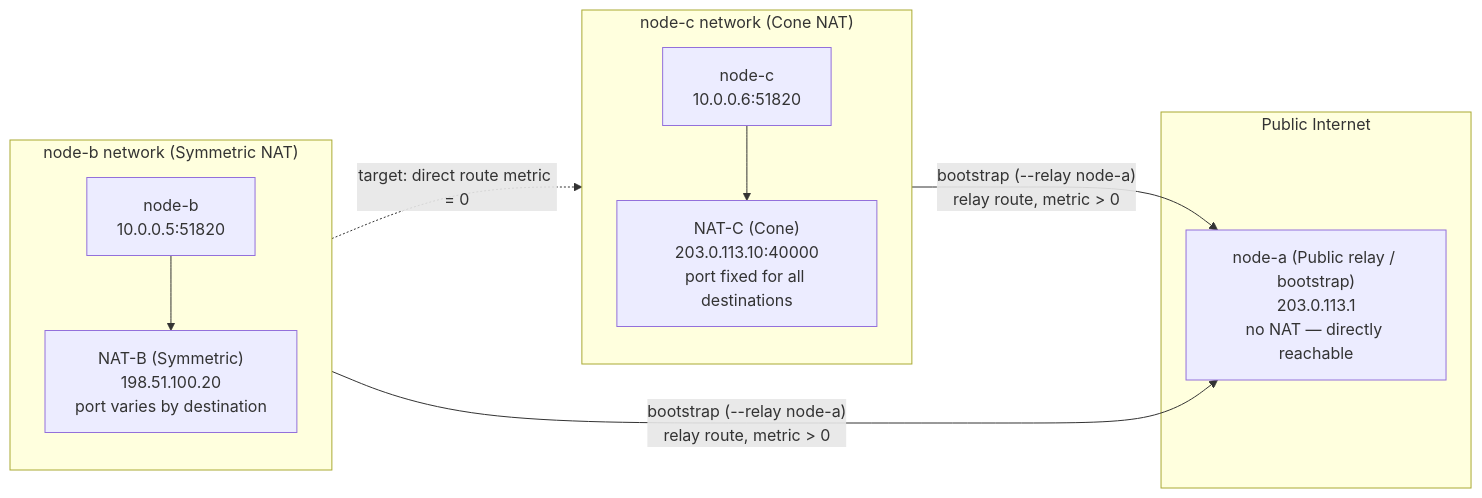
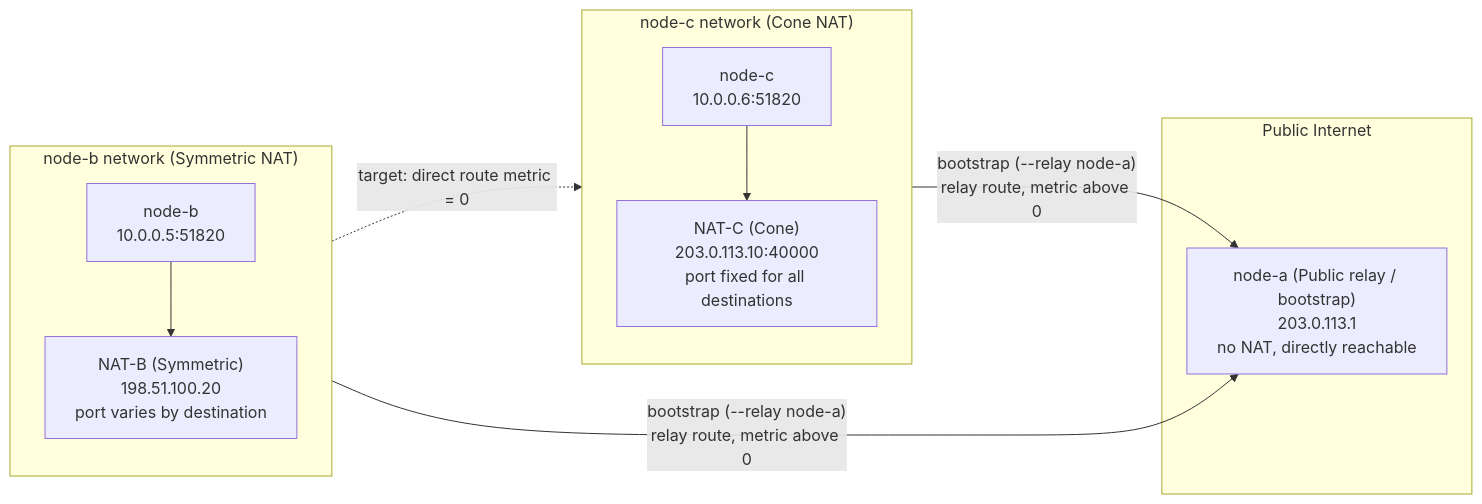
Diagram 25 of 27 in docs/nat-punch-principles.md (rustp2p/rustp2p), drawn with Mermaid before and after one commit. The commit also changed other lines of this file, not shown here.

First line of the commit message:
docs: 修正 nat-punch-principles 中 Mermaid 连线语法渲染错误 (#24)

````diff
--- a/docs/nat-punch-principles.md
+++ b/docs/nat-punch-principles.md
@@ -1007,25 +1007,25 @@
 ```mermaid
 flowchart LR
     subgraph PUB["Public Internet"]
-        NA["node-a (Public relay / bootstrap)<br/>203.0.113.1<br/>no NAT — directly reachable"]
+        NA["node-a (Public relay / bootstrap)<br/>203.0.113.1<br/>no NAT, directly reachable"]
     end
 
     subgraph NBN["node-b network (Symmetric NAT)"]
         direction TB
         NBI["node-b<br/>10.0.0.5:51820"]
         NBNAT["NAT-B (Symmetric)<br/>198.51.100.20<br/>port varies by destination"]
         NBI --> NBNAT
     end
 
     subgraph NCN["node-c network (Cone NAT)"]
         direction TB
         NCI["node-c<br/>10.0.0.6:51820"]
         NCNAT["NAT-C (Cone)<br/>203.0.113.10:40000<br/>port fixed for all destinations"]
         NCI --> NCNAT
     end
 
-    NBNAT -- "bootstrap (--relay node-a)<br/>relay route, metric > 0" --> NA
-    NCNAT -- "bootstrap (--relay node-a)<br/>relay route, metric > 0" --> NA
+    NBNAT -->|"bootstrap (--relay node-a)<br/>relay route, metric above 0"| NA
+    NCNAT -->|"bootstrap (--relay node-a)<br/>relay route, metric above 0"| NA
 
     NBNAT -.->|"target: direct route metric = 0"| NCNAT
 ```
````
